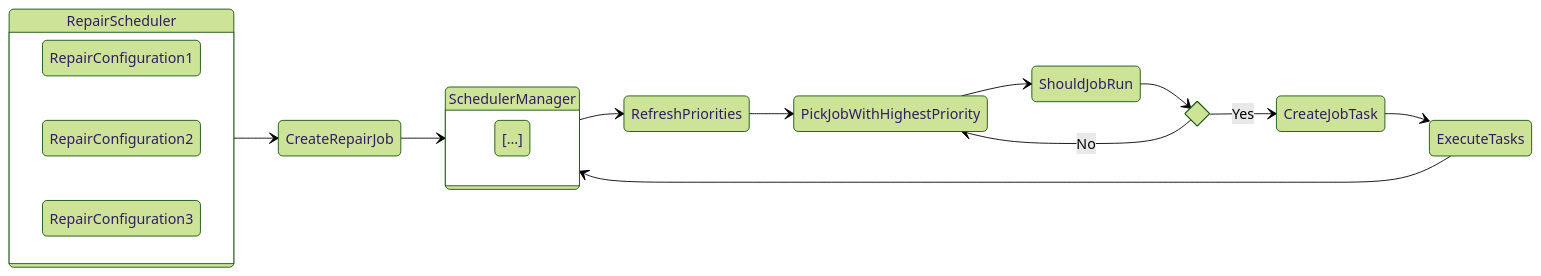
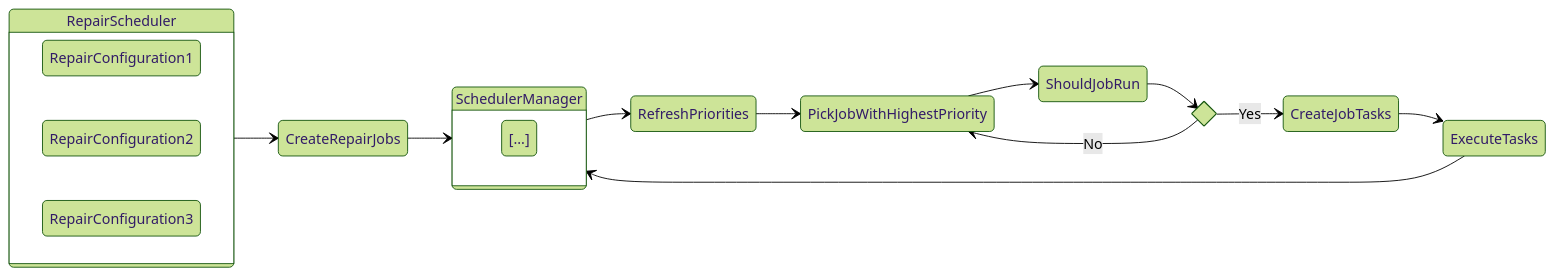
One commit to Ericsson/ecchronos changed the fourth of 4 diagrams in docs/ARCHITECTURE.md. Above: the diagram before and after it, drawn with Mermaid (forest theme). The commit also changed other lines of this file, not shown here.

First line of the commit message:
Enhancement of ARCHITECTURE.md Documentation - Issue #578

````diff
--- a/docs/ARCHITECTURE.md
+++ b/docs/ARCHITECTURE.md
@@ -133,24 +131,24 @@
   ```mermaid
   stateDiagram
       direction LR
       state RepairScheduler {
         direction LR
         RepairConfiguration1
         RepairConfiguration2
         RepairConfiguration3
       }
       state SchedulerManager {
         [...]
       }
       state ShouldJobRunCondition <<choice>>
-      RepairScheduler --> CreateRepairJob
-      CreateRepairJob --> SchedulerManager
+      RepairScheduler --> CreateRepairJobs
+      CreateRepairJobs --> SchedulerManager
       SchedulerManager --> RefreshPriorities
       RefreshPriorities --> PickJobWithHighestPriority
       PickJobWithHighestPriority --> ShouldJobRun
       ShouldJobRun --> ShouldJobRunCondition
       ShouldJobRunCondition --> PickJobWithHighestPriority: No
-      ShouldJobRunCondition --> CreateJobTask: Yes
-      CreateJobTask --> ExecuteTasks
+      ShouldJobRunCondition --> CreateJobTasks: Yes
+      CreateJobTasks --> ExecuteTasks
       ExecuteTasks --> SchedulerManager
   ```
````
